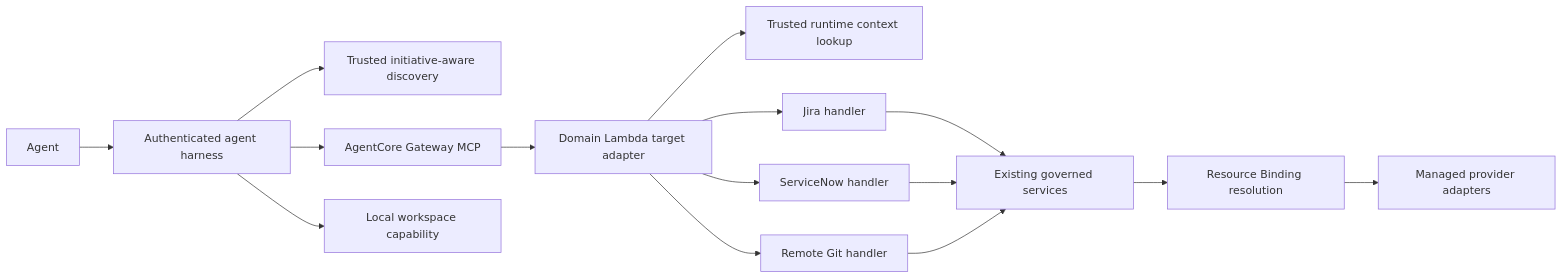
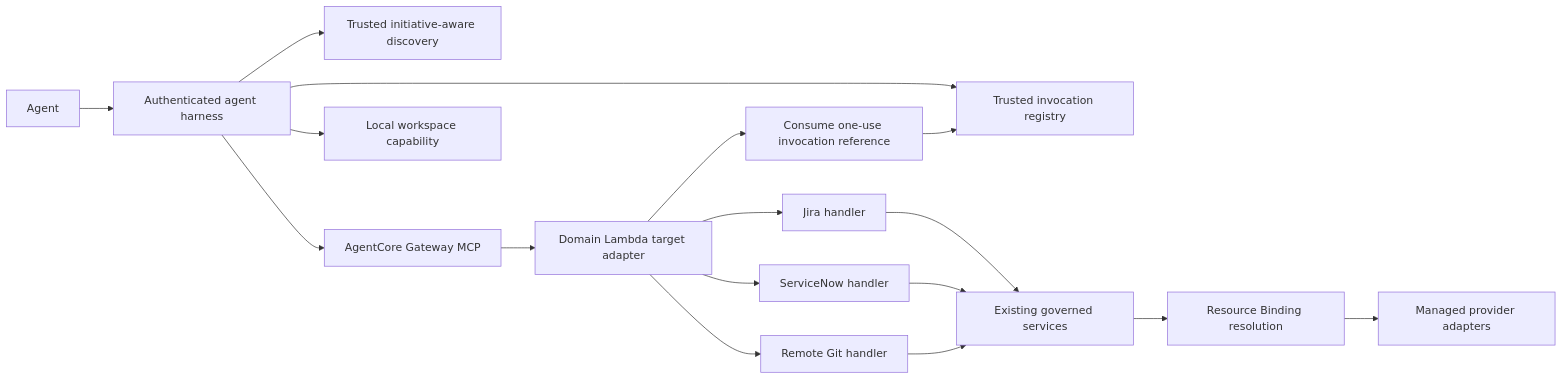
One commit to SeshasaiLDT/ai-dlc-platform changed the diagram in docs/architecture/agentcore-gateway.md. Above: the diagram before and after it, drawn with Mermaid. The commit also changed other lines of this file and 11 other files, not shown here.

Commit message:
AIDLC-36 bind Gateway calls to trusted one-use invocations

````diff
--- a/docs/architecture/agentcore-gateway.md
+++ b/docs/architecture/agentcore-gateway.md
@@ -7,17 +7,19 @@
 ```mermaid
 flowchart LR
   A[Agent] --> H[Authenticated agent harness]
   H --> L[Trusted initiative-aware discovery]
   H --> G[AgentCore Gateway MCP]
   H --> W[Local workspace capability]
   G --> T[Domain Lambda target adapter]
-  T --> C[Trusted runtime context lookup]
+  T --> C[Consume one-use invocation reference]
+  H --> I[Trusted invocation registry]
+  C --> I
   T --> J[Jira handler]
   T --> S[ServiceNow handler]
   T --> R[Remote Git handler]
   J --> P[Existing governed services]
   S --> P
   R --> P
   P --> B[Resource Binding resolution]
   B --> X[Managed provider adapters]
 ```
````
